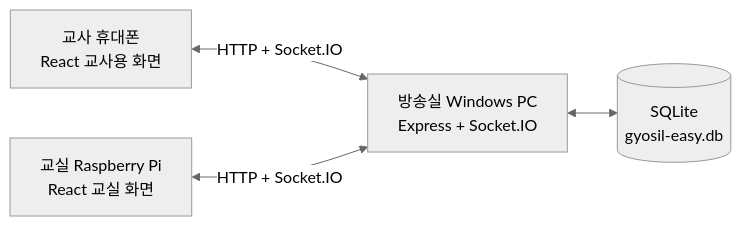
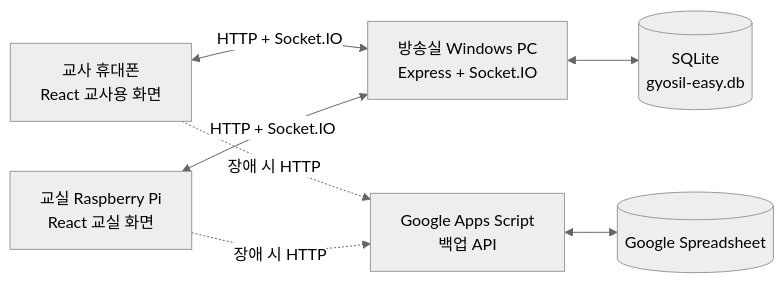
One commit to jingiru/gyosil-easy changed the diagram in docs/architecture.md. Above: the diagram before and after it, drawn with Mermaid (neutral theme). The commit also changed other lines of this file and 4 other files, not shown here.

Commit message:
google spreadsheet 연동

````diff
--- a/docs/architecture.md
+++ b/docs/architecture.md
@@ -3,6 +3,9 @@
 ```mermaid
 flowchart LR
   T["교사 휴대폰\nReact 교사용 화면"] <-->|"HTTP + Socket.IO"| S["방송실 Windows PC\nExpress + Socket.IO"]
   C["교실 Raspberry Pi\nReact 교실 화면"] <-->|"HTTP + Socket.IO"| S
   S <--> D[("SQLite\ngyosil-easy.db")]
+  T -.->|"장애 시 HTTP"| B["Google Apps Script\n백업 API"]
+  C -.->|"장애 시 HTTP"| B
+  B <--> G[("Google Spreadsheet")]
 ```
````
